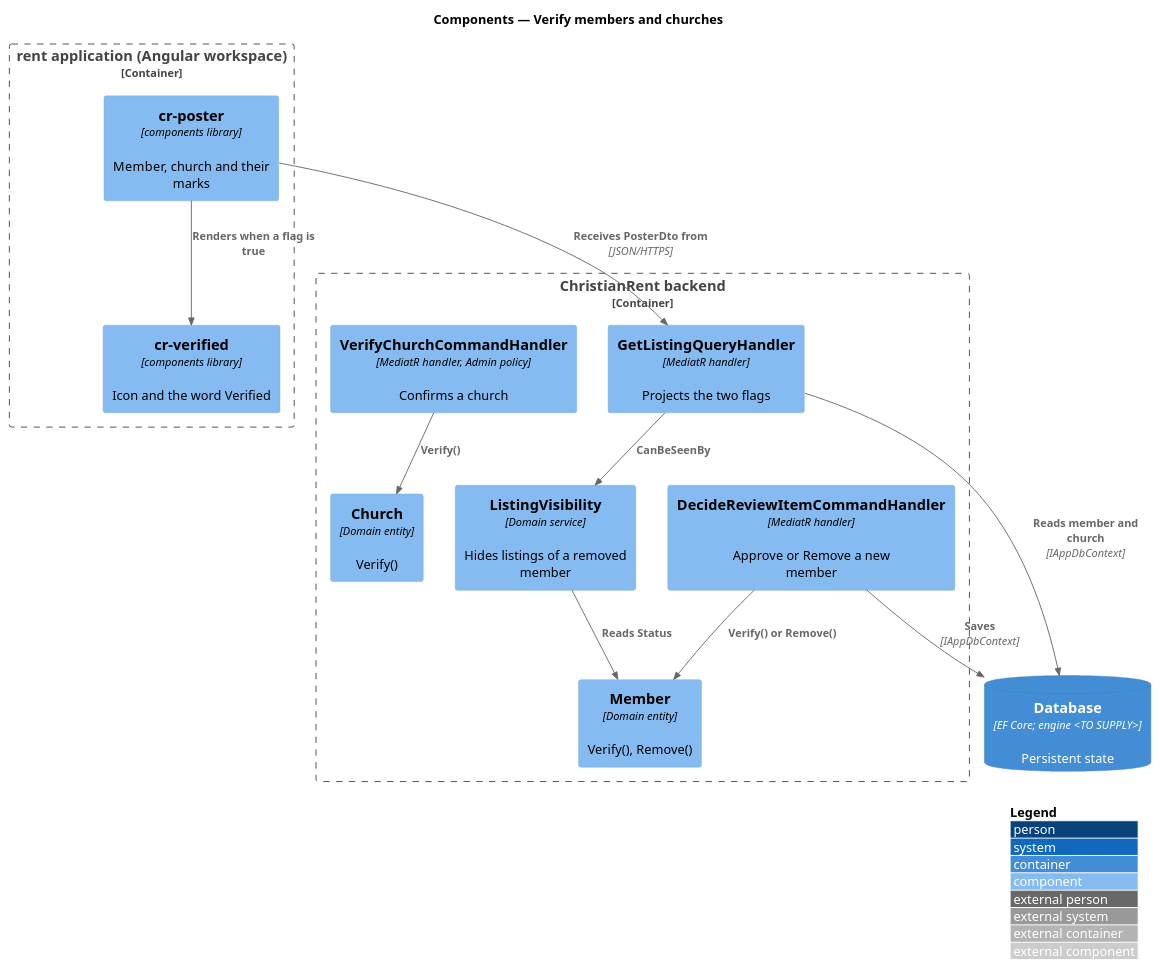
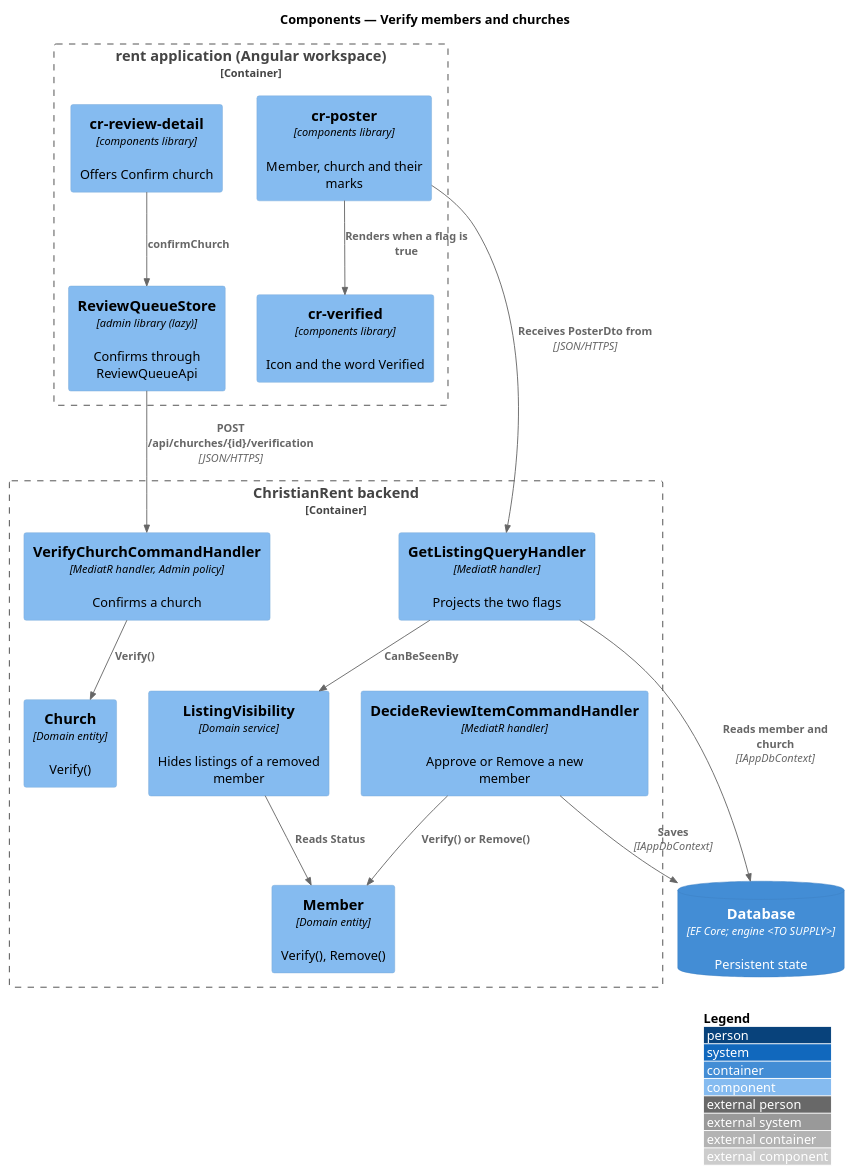
One commit to QuinntyneBrown/christian-rent changed the diagram in docs/detailed-designs/members/verify-members-and-churches/diagrams/c4-component.puml. Above: the diagram before and after it, drawn with PlantUML. The commit also changed 38 other files, not shown here.

Commit message:
Require, draw and design confirming a church from a new member's detail

```diff
--- a/docs/detailed-designs/members/verify-members-and-churches/diagrams/c4-component.puml
+++ b/docs/detailed-designs/members/verify-members-and-churches/diagrams/c4-component.puml
@@ -1,27 +1,31 @@
 @startuml
 !include <C4/C4_Component>
 LAYOUT_WITH_LEGEND()
 title Components — Verify members and churches
 
 Container_Boundary(spa, "rent application (Angular workspace)") {
+  Component(review, "cr-review-detail", "components library", "Offers Confirm church")
+  Component(store, "ReviewQueueStore", "admin library (lazy)", "Confirms through ReviewQueueApi")
   Component(poster, "cr-poster", "components library", "Member, church and their marks")
   Component(mark, "cr-verified", "components library", "Icon and the word Verified")
 }
 Container_Boundary(api, "ChristianRent backend") {
   Component(dec, "DecideReviewItemCommandHandler", "MediatR handler", "Approve or Remove a new member")
   Component(vch, "VerifyChurchCommandHandler", "MediatR handler, Admin policy", "Confirms a church")
   Component(get, "GetListingQueryHandler", "MediatR handler", "Projects the two flags")
   Component(vis, "ListingVisibility", "Domain service", "Hides listings of a removed member")
   Component(member, "Member", "Domain entity", "Verify(), Remove()")
   Component(church, "Church", "Domain entity", "Verify()")
 }
 ContainerDb(db, "Database", "EF Core; engine <TO SUPPLY>", "Persistent state")
 Rel(poster, mark, "Renders when a flag is true")
+Rel(review, store, "confirmChurch")
+Rel(store, vch, "POST /api/churches/{id}/verification", "JSON/HTTPS")
 Rel(poster, get, "Receives PosterDto from", "JSON/HTTPS")
 Rel(dec, member, "Verify() or Remove()")
 Rel(vch, church, "Verify()")
 Rel(get, vis, "CanBeSeenBy")
 Rel(vis, member, "Reads Status")
 Rel(get, db, "Reads member and church", "IAppDbContext")
 Rel(dec, db, "Saves", "IAppDbContext")
 @enduml
```
